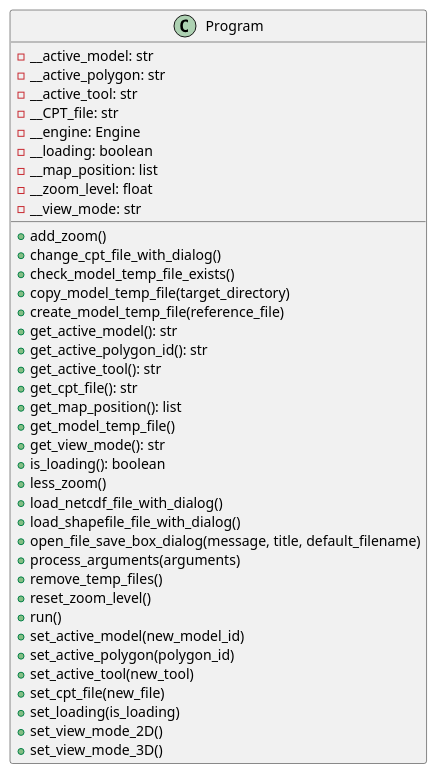
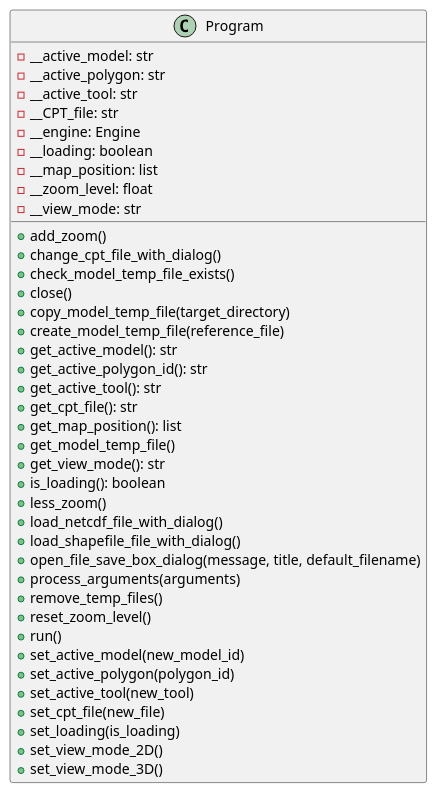
One commit to ferpoble2/Relief_Creator changed the diagram in docs/classes/Program.puml. Above: the diagram before and after it, drawn with PlantUML. The commit also changed 3 other files, not shown here.

```diff
--- a/docs/classes/Program.puml
+++ b/docs/classes/Program.puml
@@ -1,42 +1,43 @@
 @startuml
 class Program {
     - __active_model: str
     - __active_polygon: str
     - __active_tool: str
     - __CPT_file: str
     - __engine: Engine
     - __loading: boolean
     - __map_position: list
     - __zoom_level: float
     - __view_mode: str
 
     + add_zoom()
     + change_cpt_file_with_dialog()
     + check_model_temp_file_exists()
+    + close()
     + copy_model_temp_file(target_directory)
     + create_model_temp_file(reference_file)
     + get_active_model(): str
     + get_active_polygon_id(): str
     + get_active_tool(): str
     + get_cpt_file(): str
     + get_map_position(): list
     + get_model_temp_file()
     + get_view_mode(): str
     + is_loading(): boolean
     + less_zoom()
     + load_netcdf_file_with_dialog()
     + load_shapefile_file_with_dialog()
     + open_file_save_box_dialog(message, title, default_filename)
     + process_arguments(arguments)
     + remove_temp_files()
     + reset_zoom_level()
     + run()
     + set_active_model(new_model_id)
     + set_active_polygon(polygon_id)
     + set_active_tool(new_tool)
     + set_cpt_file(new_file)
     + set_loading(is_loading)
     + set_view_mode_2D()
     + set_view_mode_3D()
 }
 @enduml
```
